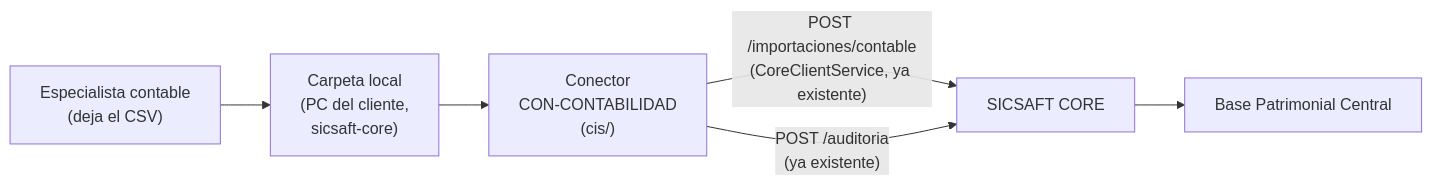
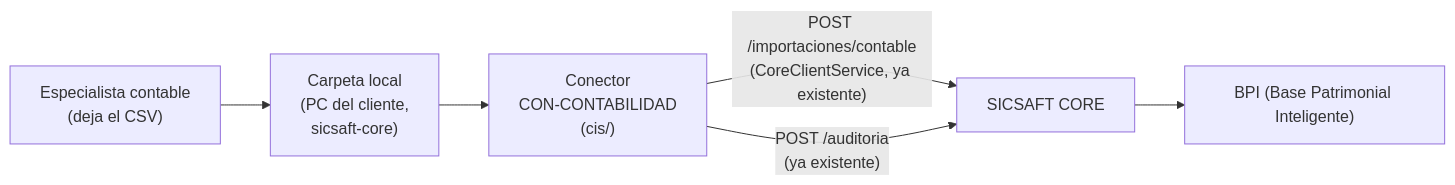
Before and after one commit to jhonabruzzi278/SICSAFT: the diagram in aidlc-docs/integraciones/design-artifacts/DOC-016-conector-con-contabilidad.md, drawn with Mermaid. The commit also changed 52 other files, not shown here.

````diff
--- a/aidlc-docs/integraciones/design-artifacts/DOC-016-conector-con-contabilidad.md
+++ b/aidlc-docs/integraciones/design-artifacts/DOC-016-conector-con-contabilidad.md
@@ -14,8 +14,8 @@
 ```mermaid
 flowchart LR
     Especialista["Especialista contable\n(deja el CSV)"] --> Carpeta["Carpeta local\n(PC del cliente,\nsicsaft-core)"]
     Carpeta --> Conector["Conector\nCON-CONTABILIDAD\n(cis/)"]
     Conector -->|"POST /importaciones/contable\n(CoreClientService, ya existente)"| Core["SICSAFT CORE"]
     Conector -->|"POST /auditoria\n(ya existente)"| Core
-    Core --> BPI["Base Patrimonial Central"]
+    Core --> BPI["BPI (Base Patrimonial Inteligente)"]
 ```
````
